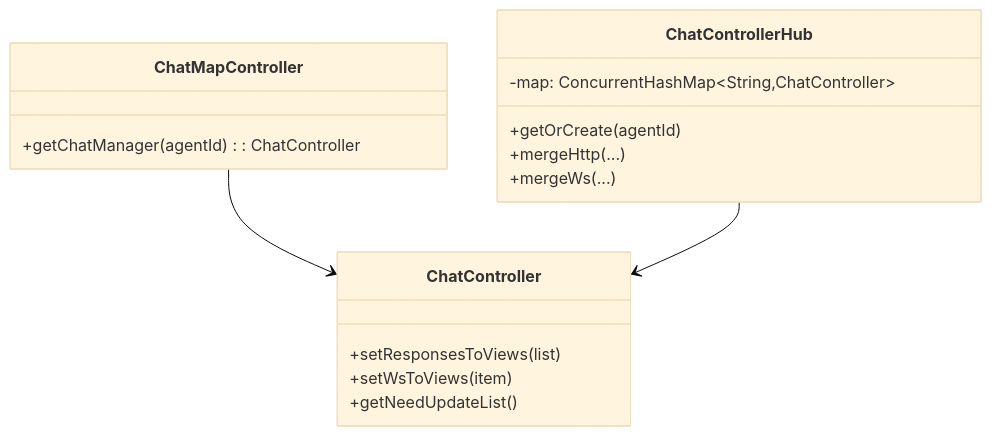
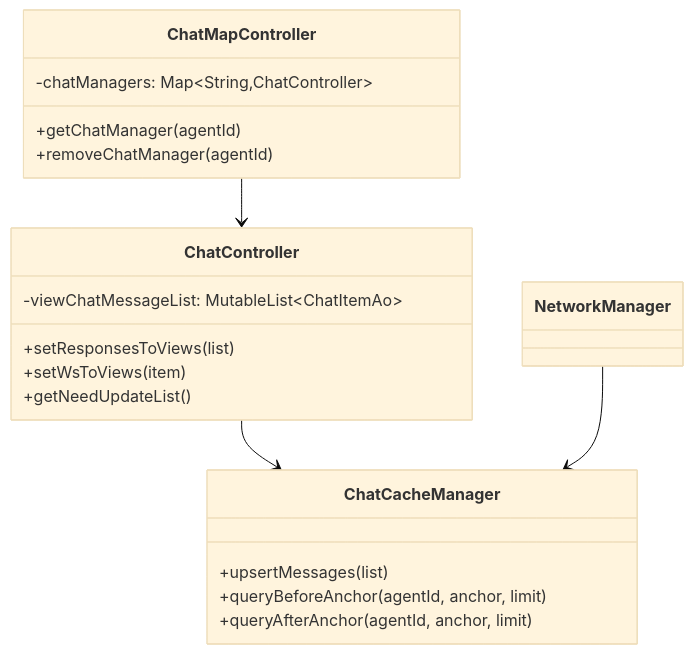
Before and after one commit to nangong918/magic-vector: diagram 27 of 32 in app/android/docs/AndroidDesignDocument.md, drawn with Mermaid (base theme). The commit also changed other lines of this file and 3 other files, not shown here.

````diff
--- a/app/android/docs/AndroidDesignDocument.md
+++ b/app/android/docs/AndroidDesignDocument.md
@@ -697,19 +799,23 @@
 ```mermaid
 classDiagram
     class ChatMapController {
-        +getChatManager(agentId): ChatController
+      -chatManagers: Map~String,ChatController~
+      +getChatManager(agentId)
+      +removeChatManager(agentId)
     }
     class ChatController {
-        +setResponsesToViews(list)
-        +setWsToViews(item)
-        +getNeedUpdateList()
+      -viewChatMessageList: MutableList~ChatItemAo~
+      +setResponsesToViews(list)
+      +setWsToViews(item)
+      +getNeedUpdateList()
     }
-    class ChatControllerHub {
-        -map: ConcurrentHashMap~String,ChatController~
-        +getOrCreate(agentId)
-        +mergeHttp(...)
-        +mergeWs(...)
+    class ChatCacheManager {
+      +upsertMessages(list)
+      +queryBeforeAnchor(agentId, anchor, limit)
+      +queryAfterAnchor(agentId, anchor, limit)
     }
+    class NetworkManager
     ChatMapController --> ChatController
-    ChatControllerHub --> ChatController
+    ChatController --> ChatCacheManager
+    NetworkManager --> ChatCacheManager
 ```
````
